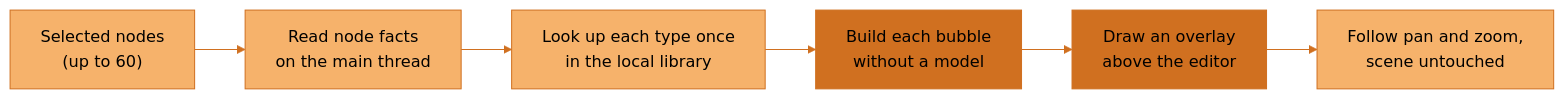
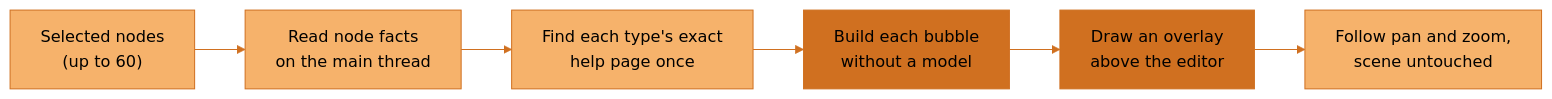
One commit to JosephOIbrahim/Synapse changed the fourth of 9 diagrams in docs/architecture/overview.md. Above: the diagram before and after it, drawn with Mermaid. The commit also changed other lines of this file and 16 other files, not shown here.

````diff
--- a/docs/architecture/overview.md
+++ b/docs/architecture/overview.md
@@ -128,16 +134,16 @@
 ```mermaid
 flowchart LR
     accTitle: Identify draws a short local bubble beside each selected node
-    accDescr: The panel reads facts for up to 60 selected nodes on Houdini's main thread. A worker thread looks up each node type once in the local SideFX library and builds each bubble without a model. The main thread draws the bubbles in a click-through overlay above the network editor, which follows pan and zoom. Nothing is written to the scene.
+    accDescr: The panel reads facts for up to 60 selected nodes on Houdini's main thread. A worker thread finds each node type's exact help page once in the local SideFX library, building the page path the way Houdini's own help does, falls back to an HDA's own help when the library has no page, and builds each bubble without a model. The main thread draws the bubbles in a click-through overlay above the network editor, which follows pan and zoom. Nothing is written to the scene.
     S["Selected nodes<br/>(up to 60)"] --> F["Read node facts<br/>on the main thread"]
-    F --> L["Look up each type once<br/>in the local library"]
+    F --> L["Find each type's exact<br/>help page once"]
     L --> C["Build each bubble<br/>without a model"]
     C --> W["Draw an overlay<br/>above the editor"]
     W --> V["Follow pan and zoom,<br/>scene untouched"]
     classDef default fill:#F6B26B,stroke:#D07020,color:#000000
     classDef artist fill:#F6B26B,stroke:#D07020,color:#000000
     classDef synapse fill:#D07020,stroke:#D07020,color:#000000
     class S artist
     class C,W synapse
     linkStyle default stroke:#D07020
 ```
````
